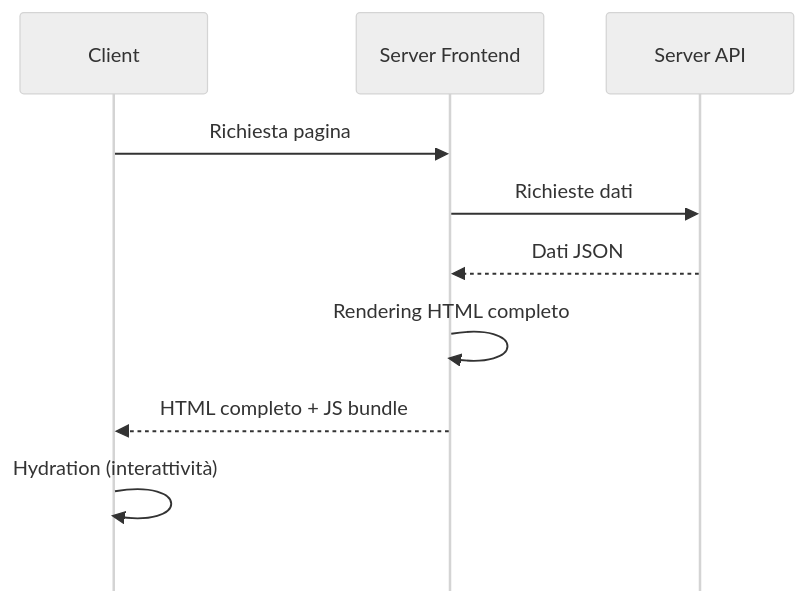
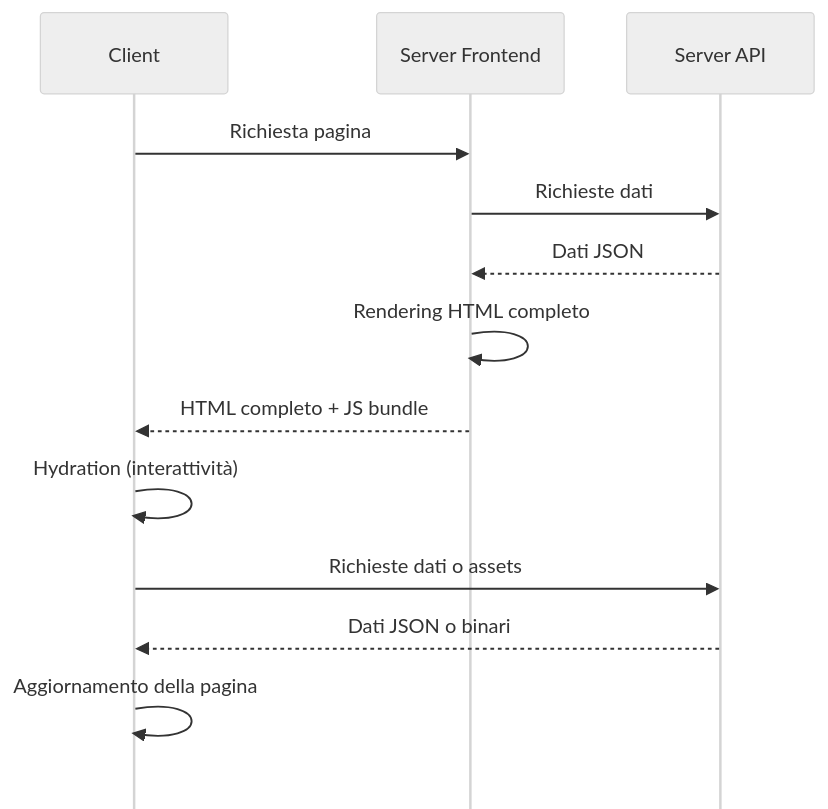
The fourth of 7 diagrams in 2-1-nuxt.md (iacobucci/tesi-triennale), drawn with Mermaid before and after one commit. The commit also changed other lines of this file and 8 other files, not shown here.

````diff
--- a/2-1-nuxt.md
+++ b/2-1-nuxt.md
@@ -433,14 +506,18 @@
 ```mermaid {height=6cm}
 %%{init: {'theme': 'neutral', 'mirrorActors': false} }%%
 sequenceDiagram
 	participant client as Client
 	participant frontend as Server Frontend
 	participant backend as Server API
 
 	client->>frontend: Richiesta pagina
     frontend->>backend: Richieste dati
     backend-->>frontend: Dati JSON
     frontend->>frontend: Rendering HTML completo
     frontend-->>client: HTML completo + JS bundle
     client->>client: Hydration (interattività)
+
+    client->>backend: Richieste dati o assets
+    backend-->>client: Dati JSON o binari
+    client->>client: Aggiornamento della pagina
 ```
````
